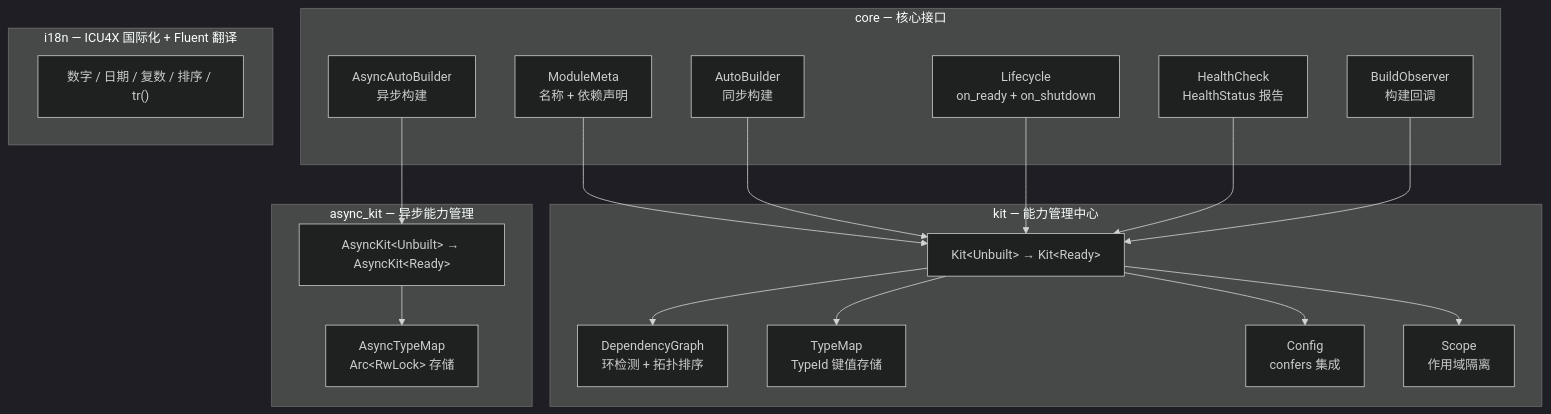
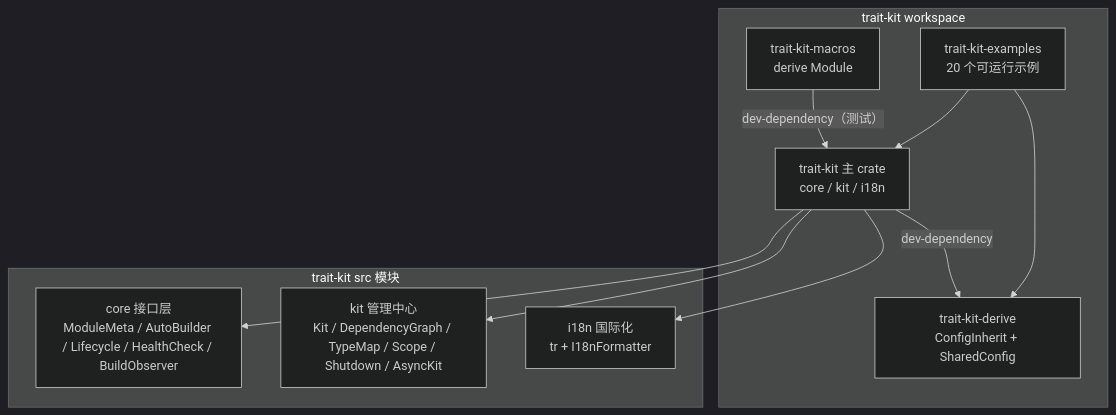
The first of 3 diagrams in README.md (Kirky-X/trait-kit), drawn with Mermaid (dark theme) before and after one commit. The commit also changed other lines of this file and 1 other file, not shown here.

Commit message:
docs(trait-kit): 重写中英双语 README — workspace 四成员架构图与 build() 生命周期时序图、18 个特性全表补齐 report/presets/compose/negotiate、性能基线表对齐 PERFORMANCE.md；README 代码块全部通过 doctest 实测，最小依赖表述改为 default=[] 零默认依赖事实

````diff
--- a/README.md
+++ b/README.md
@@ -292,40 +377,23 @@
 ```mermaid
-graph TB
-    subgraph core["core — 核心接口"]
-        MM[ModuleMeta<br/>名称 + 依赖声明]
-        AB[AutoBuilder<br/>同步构建]
-        AAB[AsyncAutoBuilder<br/>异步构建]
-        LC[Lifecycle<br/>on_ready + on_shutdown]
-        HC[HealthCheck<br/>HealthStatus 报告]
-        OBS[BuildObserver<br/>构建回调]
+flowchart TD
+    subgraph ws["trait-kit workspace"]
+        TK["trait-kit 主 crate<br/>core / kit / i18n"]
+        DER["trait-kit-derive<br/>ConfigInherit + SharedConfig"]
+        MAC["trait-kit-macros<br/>derive Module"]
+        EX["trait-kit-examples<br/>20 个可运行示例"]
     end
 
-    subgraph kit["kit — 能力管理中心"]
-        K[Kit&lt;Unbuilt&gt; → Kit&lt;Ready&gt;]
-        DG[DependencyGraph<br/>环检测 + 拓扑排序]
-        TM[TypeMap<br/>TypeId 键值存储]
-        CFG[Config<br/>confers 集成]
-        SC[Scope<br/>作用域隔离]
+    subgraph tk["trait-kit src 模块"]
+        CORE["core 接口层<br/>ModuleMeta / AutoBuilder / Lifecycle / HealthCheck / BuildObserver"]
+        KIT["kit 管理中心<br/>Kit / DependencyGraph / TypeMap / Scope / Shutdown / AsyncKit"]
+        I18N["i18n 国际化<br/>tr + I18nFormatter"]
     end
 
-    subgraph async_kit["async_kit — 异步能力管理"]
-        AK[AsyncKit&lt;Unbuilt&gt; → AsyncKit&lt;Ready&gt;]
-        ATM[AsyncTypeMap<br/>Arc&lt;RwLock&gt; 存储]
-    end
-
-    subgraph i18n_mod["i18n — ICU4X 国际化 + Fluent 翻译"]
-        I18N["数字 / 日期 / 复数 / 排序 / tr()"]
-    end
-
-    MM --> K
-    AB --> K
-    AAB --> AK
-    LC --> K
-    HC --> K
-    OBS --> K
-    K --> DG
-    K --> TM
-    K --> CFG
-    K --> SC
-    AK --> ATM
+    TK --> CORE
+    TK --> KIT
+    TK --> I18N
+    TK -->|"dev-dependency"| DER
+    MAC -->|"dev-dependency（测试）"| TK
+    EX --> TK
+    EX --> DER
 ```
````
